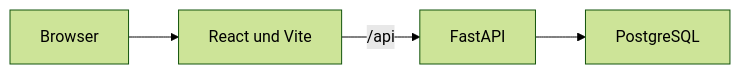
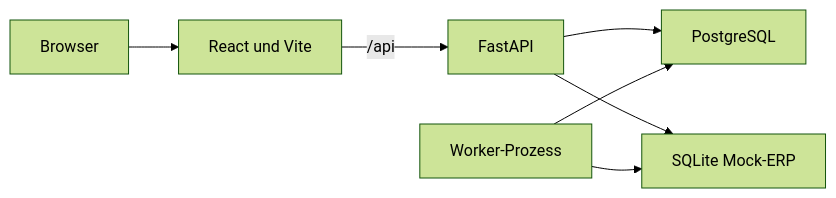
One commit to DominiqueMathys/hopLogic_brauPartner changed the diagram in docs/architecture.md. Above: the diagram before and after it, drawn with Mermaid (forest theme). The commit also changed other lines of this file and 13 other files, not shown here.

````diff
--- a/docs/architecture.md
+++ b/docs/architecture.md
@@ -5,11 +5,16 @@
 ```mermaid
 flowchart LR
   browser[Browser]
   frontend[React und Vite]
   backend[FastAPI]
   database[PostgreSQL]
+  mock[SQLite Mock-ERP]
+  worker[Worker-Prozess]
 
   browser --> frontend
   frontend -->|"/api"| backend
   backend --> database
+  backend --> mock
+  worker --> database
+  worker --> mock
 ```
````
